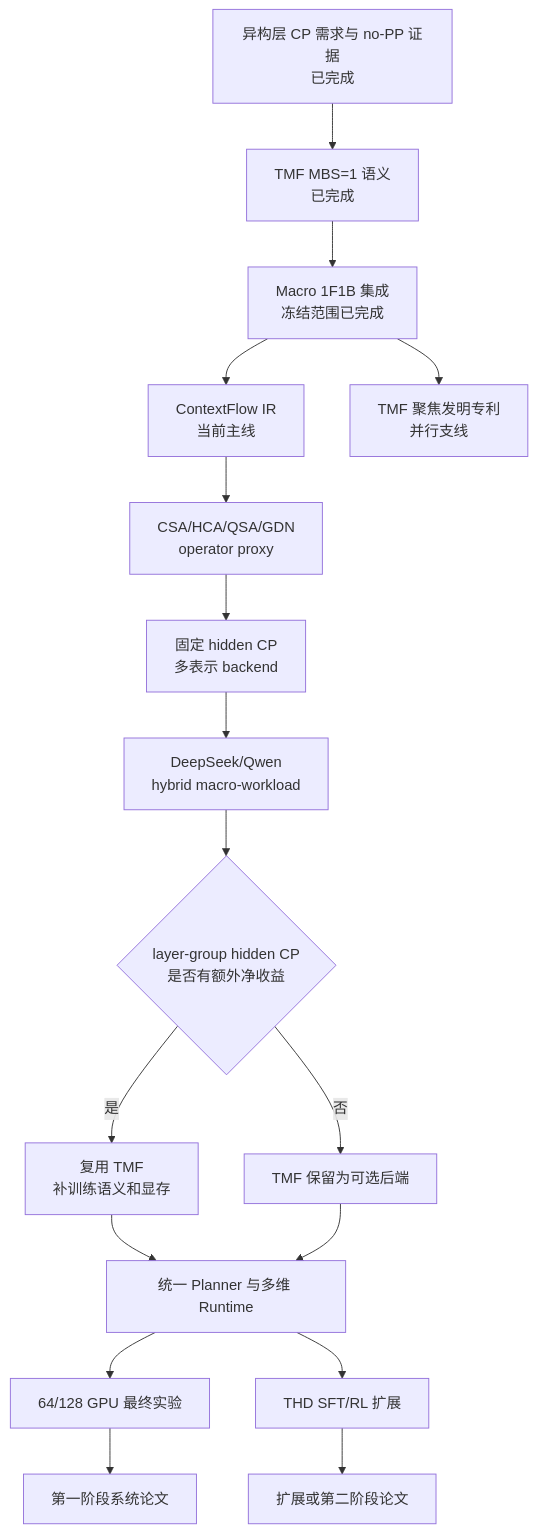
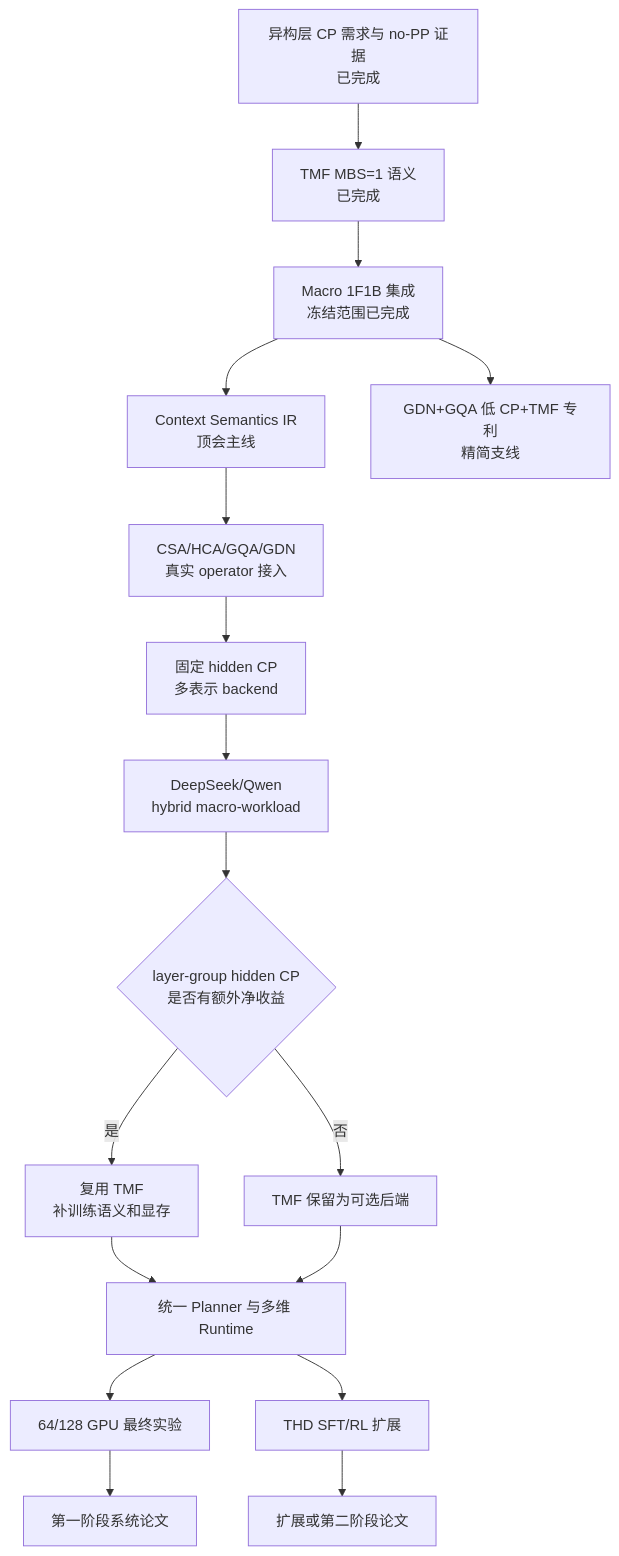
One commit to LiJunscs/prism-cp changed the diagram in progress/HETEROGENEOUS_CP_TMF_MASTER_ROADMAP_20260901.md. Above: the diagram before and after it, drawn with Mermaid. The commit also changed other lines of this file and 9 other files, not shown here.

Commit message:
Update roadmap. Pending TMF and FSDP.

````diff
--- a/progress/HETEROGENEOUS_CP_TMF_MASTER_ROADMAP_20260901.md
+++ b/progress/HETEROGENEOUS_CP_TMF_MASTER_ROADMAP_20260901.md
@@ -511,19 +517,19 @@
 ```mermaid
 flowchart TD
     A[异构层 CP 需求与 no-PP 证据<br/>已完成] --> B[TMF MBS=1 语义<br/>已完成]
     B --> C[Macro 1F1B 集成<br/>冻结范围已完成]
-    C --> D[ContextFlow IR<br/>当前主线]
-    C --> IP[TMF 聚焦发明专利<br/>并行支线]
-    D --> E[CSA/HCA/QSA/GDN<br/>operator proxy]
+    C --> D[Context Semantics IR<br/>顶会主线]
+    C --> IP[GDN+GQA 低 CP+TMF 专利<br/>精简支线]
+    D --> E[CSA/HCA/GQA/GDN<br/>真实 operator 接入]
     E --> F[固定 hidden CP<br/>多表示 backend]
     F --> G[DeepSeek/Qwen<br/>hybrid macro-workload]
     G --> H{layer-group hidden CP<br/>是否有额外净收益}
     H -->|是| I[复用 TMF<br/>补训练语义和显存]
     H -->|否| J[TMF 保留为可选后端]
     I --> K[统一 Planner 与多维 Runtime]
     J --> K
     K --> L[64/128 GPU 最终实验]
     K --> M[THD SFT/RL 扩展]
     L --> N[第一阶段系统论文]
     M --> O[扩展或第二阶段论文]
 ```
````
